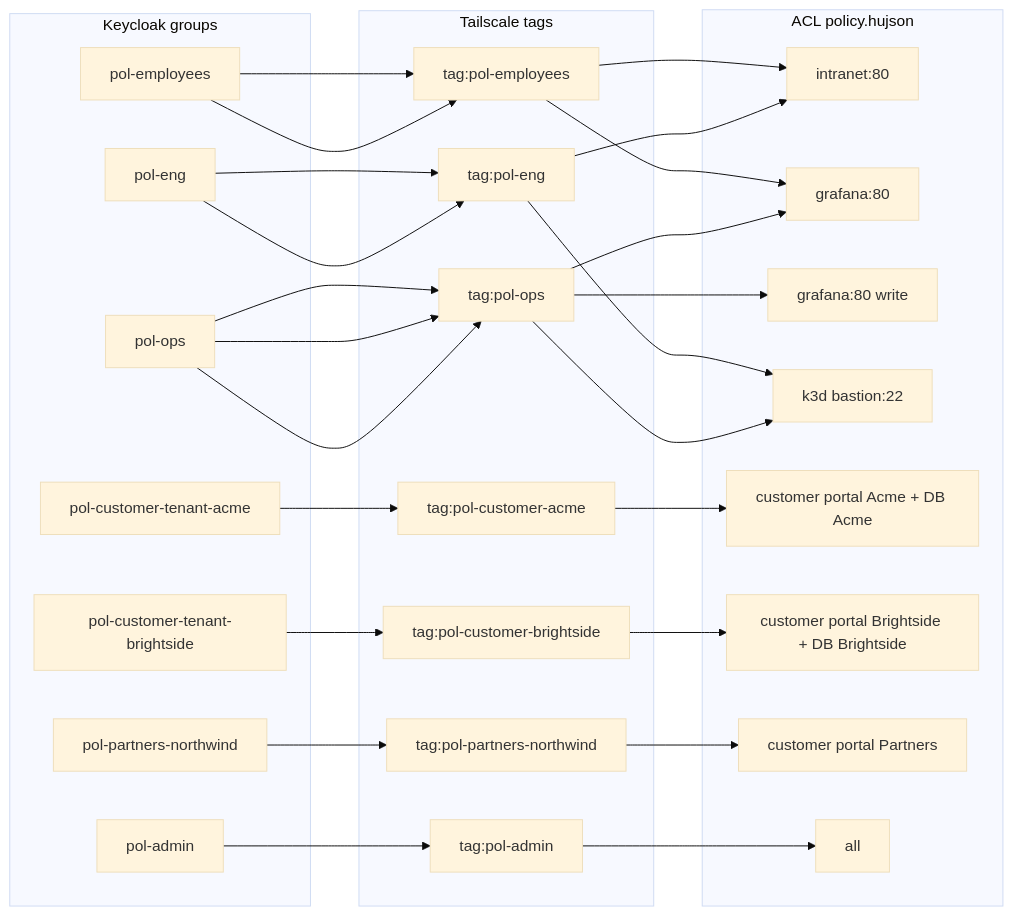
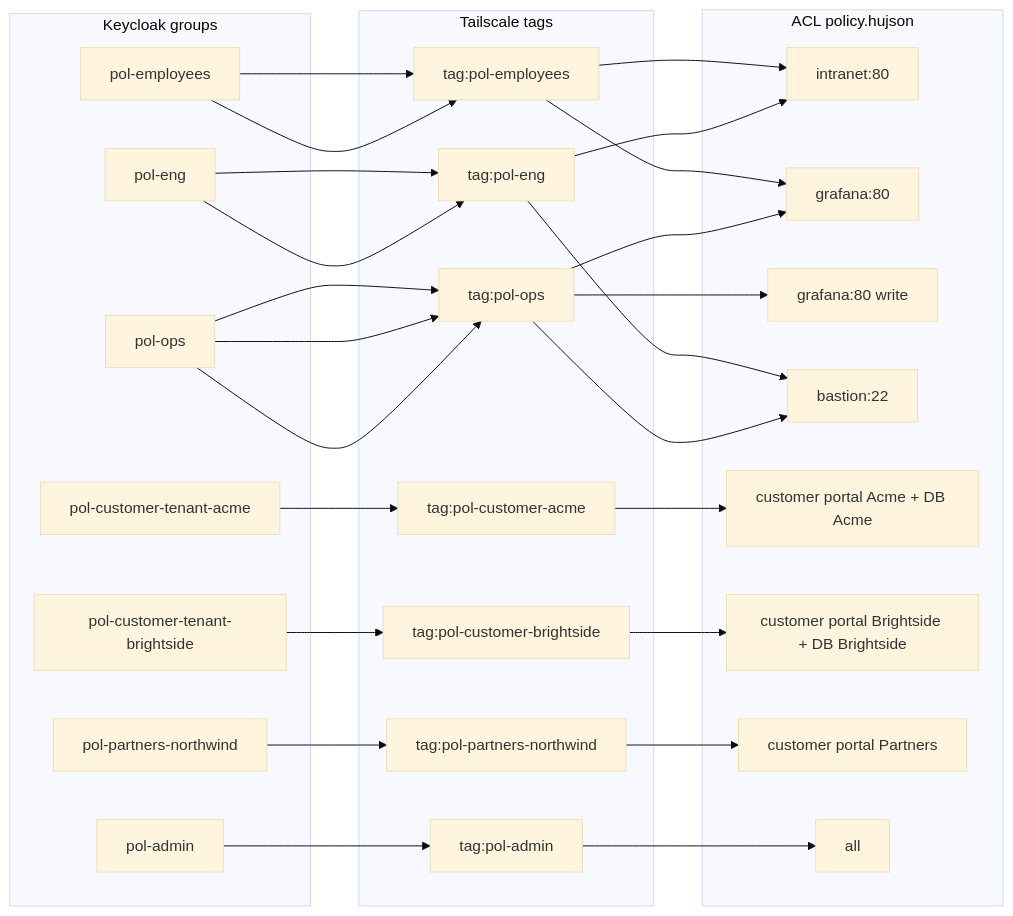
The diagram in docs/diagrams/tag-matrix.mmd (cmarin78/polaris-poc), drawn with Mermaid (base theme) before and after one commit. The commit also changed 13 other files, not shown here.

```diff
--- a/docs/diagrams/tag-matrix.mmd
+++ b/docs/diagrams/tag-matrix.mmd
@@ -1,43 +1,43 @@
 flowchart LR
     subgraph KC["Keycloak groups"]
         G1[pol-employees]
         G2[pol-eng]
         G3[pol-ops]
         G4[pol-admin]
         G5[pol-customer-tenant-acme]
         G6[pol-customer-tenant-brightside]
         G7[pol-partners-northwind]
     end
 
     subgraph TS["Tailscale tags"]
         T1[tag:pol-employees]
         T2[tag:pol-eng]
         T3[tag:pol-ops]
         T4[tag:pol-admin]
         T5[tag:pol-customer-acme]
         T6[tag:pol-customer-brightside]
         T7[tag:pol-partners-northwind]
     end
 
     subgraph ACL["ACL policy.hujson"]
         A1[intranet:80]
         A2[grafana:80]
         A3[grafana:80 write]
-        A4[k3d bastion:22]
+        A4[bastion:22]
         A5[customer portal Acme + DB Acme]
         A6[customer portal Brightside + DB Brightside]
         A7[customer portal Partners]
         A8[all]
     end
 
     G1 --> T1 --> A1
     G1 --> T1 --> A2
     G2 --> T2 --> A1
     G2 --> T2 --> A4
     G3 --> T3 --> A2
     G3 --> T3 --> A3
     G3 --> T3 --> A4
     G4 --> T4 --> A8
     G5 --> T5 --> A5
     G6 --> T6 --> A6
     G7 --> T7 --> A7
```
